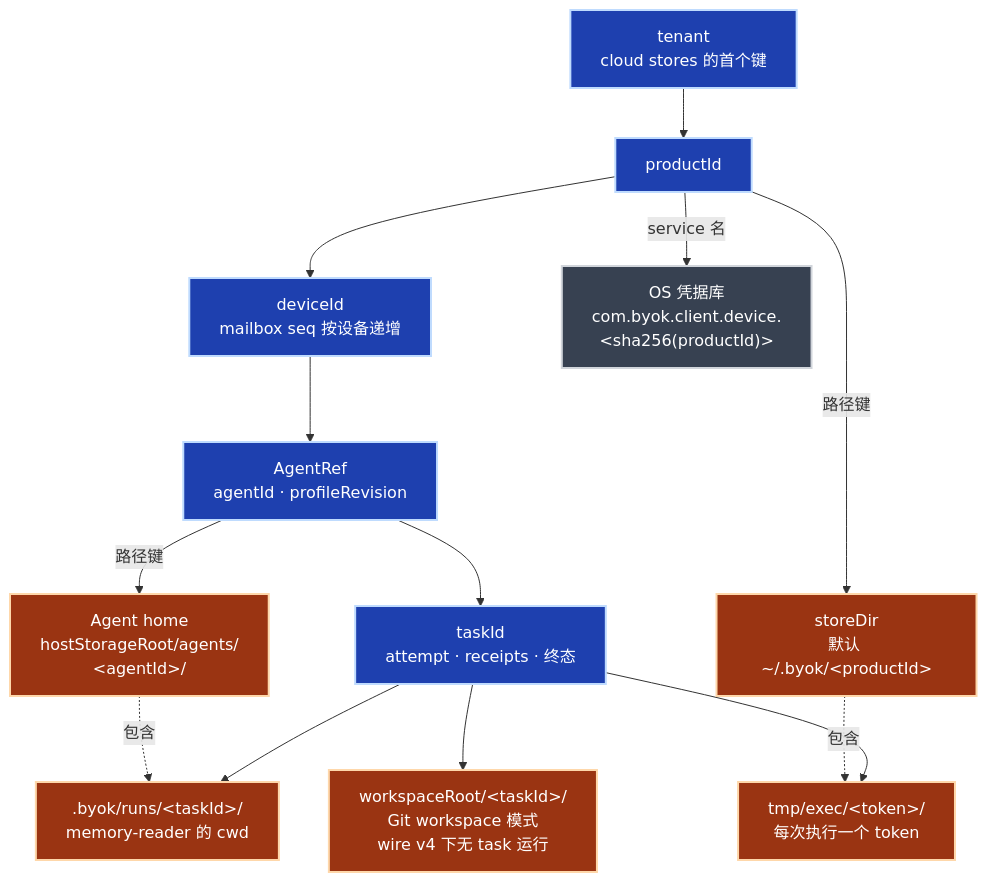
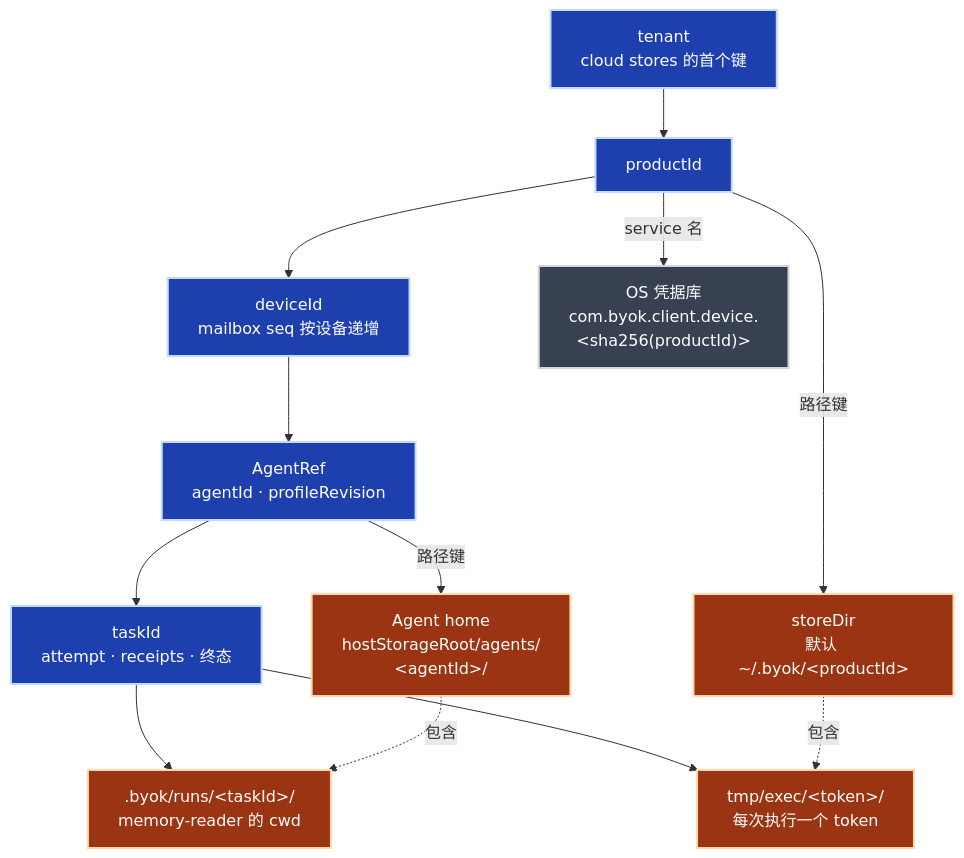
The fifth of 7 diagrams in docs/architecture/system-diagrams.md (Ancienttwo/byok-sdk), drawn with Mermaid before and after one commit. The commit also changed other lines of this file and 13 other files, not shown here.

Commit message:
docs: describe wire v4 without Git workspace mode and with the confirmed O6 migration (#925)

````diff
--- a/docs/architecture/system-diagrams.md
+++ b/docs/architecture/system-diagrams.md
@@ -306,29 +306,27 @@
 ```mermaid
 flowchart TB
   classDef id fill:#1e40af,stroke:#bfdbfe,stroke-width:2px,color:#fff
   classDef fs fill:#9a3412,stroke:#fed7aa,stroke-width:2px,color:#fff
   classDef os fill:#374151,stroke:#d1d5db,stroke-width:2px,color:#fff
 
   Tenant["tenant<br/>cloud stores 的首个键"]:::id
   Product["productId"]:::id
   Device["deviceId<br/>mailbox seq 按设备递增"]:::id
   Agent["AgentRef<br/>agentId · profileRevision"]:::id
   Task["taskId<br/>attempt · receipts · 终态"]:::id
   Tenant --> Product --> Device --> Agent --> Task
 
   Store["storeDir<br/>默认 ~/.byok/&lt;productId&gt;"]:::fs
   Cred["OS 凭据库<br/>com.byok.client.device.<br/>&lt;sha256(productId)&gt;"]:::os
   Home["Agent home<br/>hostStorageRoot/agents/<br/>&lt;agentId&gt;/"]:::fs
   Runs[".byok/runs/&lt;taskId&gt;/<br/>memory-reader 的 cwd"]:::fs
   Exec["tmp/exec/&lt;token&gt;/<br/>每次执行一个 token"]:::fs
-  WS["workspaceRoot/&lt;taskId&gt;/<br/>Git workspace 模式<br/>wire v4 下无 task 运行"]:::fs
 
   Product -->|"路径键"| Store
   Product -->|"service 名"| Cred
   Agent -->|"路径键"| Home
   Task --> Runs
   Task --> Exec
-  Task --> WS
   Store -.->|"包含"| Exec
   Home -.->|"包含"| Runs
 ```
````
